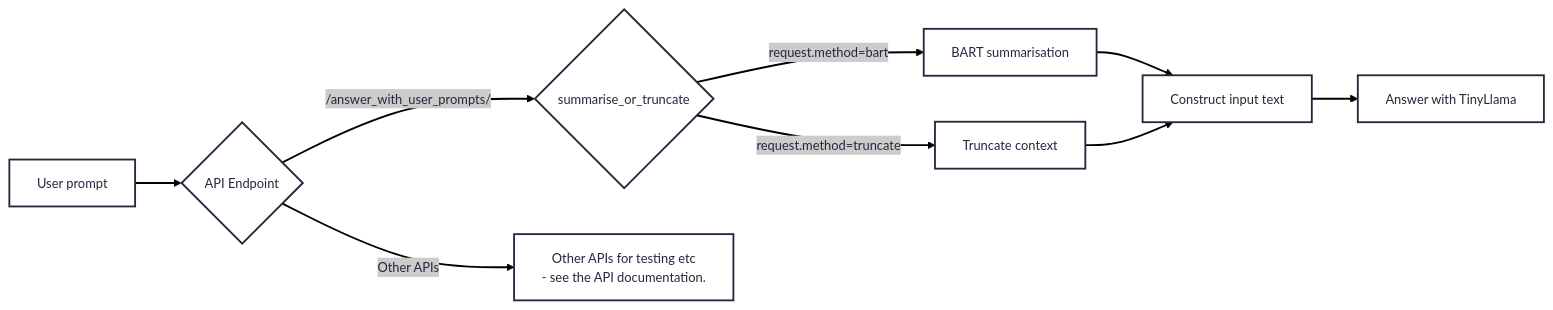
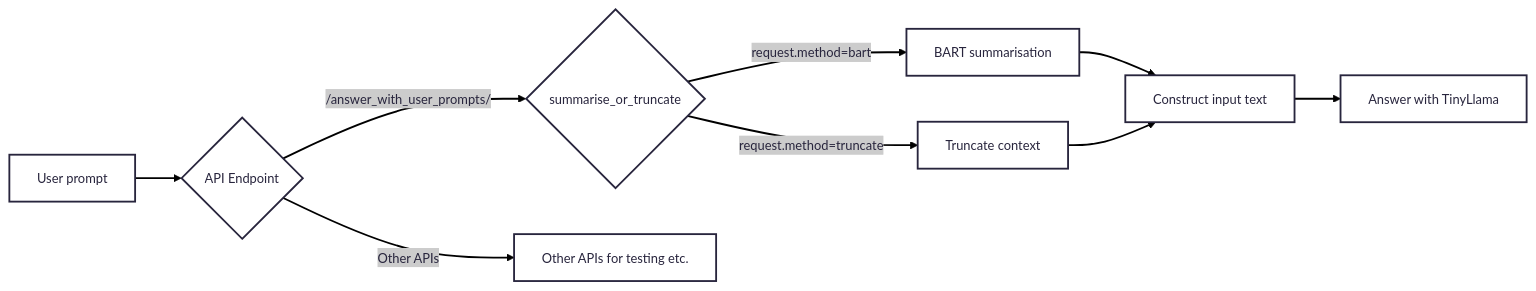
The first of 2 diagrams in README.md (EMarc2023/zero-shot-rag-llm), drawn with Mermaid before and after one commit.

````diff
--- a/README.md
+++ b/README.md
@@ -66,17 +66,17 @@
 ```mermaid
 ---
 config:
       theme: redux
 ---
 graph LR
     A[User prompt] --> B{API Endpoint};
 
     B -- /answer_with_user_prompts/ --> Y{summarise_or_truncate};
     Y -- request.method=bart --> Z[BART summarisation];
     Y -- request.method=truncate --> AA[Truncate context];
     Z --> AB[Construct input text];
     AA --> AB;
     AB --> AC[Answer with TinyLlama];
 
-B -- Other APIs --> AF[Other APIs for testing etc\n - see the API documentation.];
+B -- Other APIs --> AD[Other APIs for testing etc.];
 ```
````
